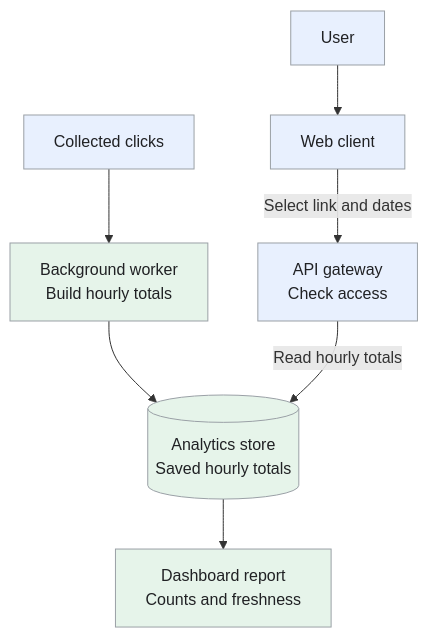
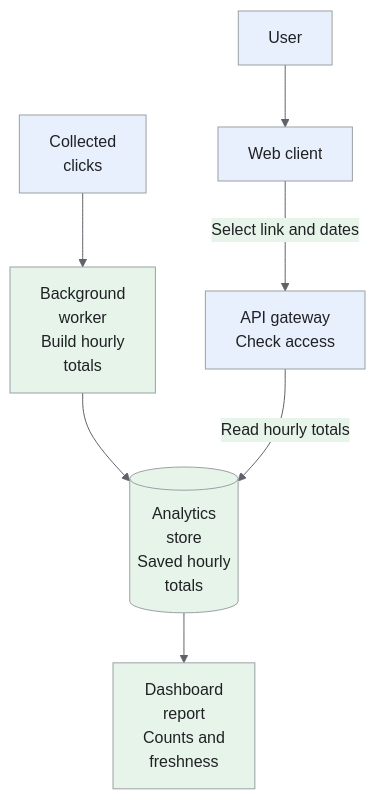
Before and after one commit to iliazlobin/iliazlobin.github.io: the fourth of 7 diagrams in _designs/system-design-bitly-url-shortener.md, drawn with Mermaid. The commit also changed other lines of this file and 116 other files, not shown here.

````diff
--- a/_designs/system-design-bitly-url-shortener.md
+++ b/_designs/system-design-bitly-url-shortener.md
@@ -380,16 +367,17 @@
 ```mermaid
+%%{init: {"theme":"base","themeVariables":{"primaryColor":"#e8f0fe","primaryBorderColor":"#9aa0a6","primaryTextColor":"#202124","secondaryColor":"#e6f4ea","tertiaryColor":"#fef7e0","lineColor":"#5f6368","actorBkg":"#e8f0fe","actorBorder":"#9aa0a6","actorTextColor":"#202124","noteBkgColor":"#fef7e0","noteBorderColor":"#9aa0a6","noteTextColor":"#202124","signalColor":"#5f6368","signalTextColor":"#202124"}}}%%
 flowchart TB
-    Visits["Collected clicks"]
-    Worker["Background worker<br>Build hourly totals"]
-    Totals[("Analytics store<br>Saved hourly totals")]
+    Visits["Collected<br>clicks"]
+    Worker["Background<br>worker<br>Build hourly<br>totals"]
+    Totals[("Analytics<br>store<br>Saved hourly<br>totals")]
     User["User"] --> Web["Web client"]
     Web -->|"Select link and dates"| API["API gateway<br>Check access"]
     Visits --> Worker --> Totals
     API -->|"Read hourly totals"| Totals
-    Totals --> Report["Dashboard report<br>Counts and freshness"]
+    Totals --> Report["Dashboard<br>report<br>Counts and<br>freshness"]
   classDef request fill:#e8f0fe,stroke:#9aa0a6,color:#202124,stroke-width:1px
   classDef background fill:#e6f4ea,stroke:#9aa0a6,color:#202124,stroke-width:1px
   classDef control fill:#fef7e0,stroke:#9aa0a6,color:#202124,stroke-width:1px
   class Visits,User,Web,API request
   class Worker,Totals,Report background
 ```
````
